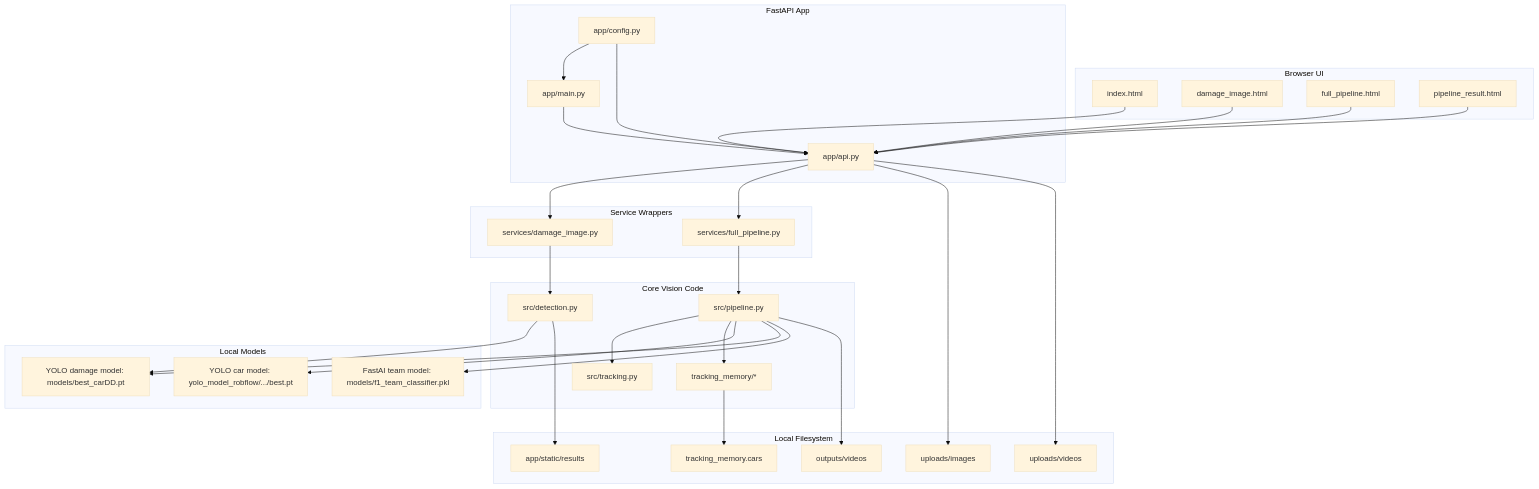
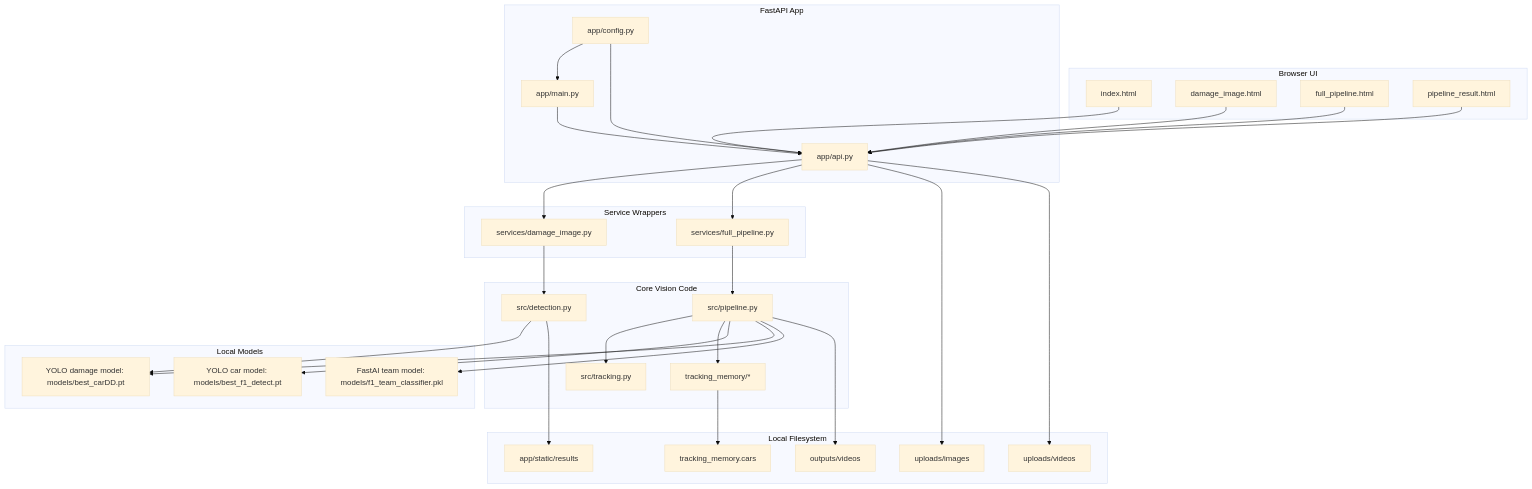
One commit to MohammedHssan11/f1-car-vision-intelligence-system changed the first of 4 diagrams in docs/ARCHITECTURE.md. Above: the diagram before and after it, drawn with Mermaid (base theme). The commit also changed 22 other files, not shown here.

````diff
--- a/docs/ARCHITECTURE.md
+++ b/docs/ARCHITECTURE.md
@@ -9,64 +9,64 @@
 ```mermaid
 graph TD
     subgraph UI ["Browser UI"]
         A["index.html"]
         B["damage_image.html"]
         C["full_pipeline.html"]
         D["pipeline_result.html"]
     end
 
     subgraph API ["FastAPI App"]
         E["app/main.py"]
         F["app/api.py"]
         G["app/config.py"]
     end
 
     subgraph Services ["Service Wrappers"]
         H["services/damage_image.py"]
         I["services/full_pipeline.py"]
     end
 
     subgraph Core ["Core Vision Code"]
         J["src/detection.py"]
         K["src/pipeline.py"]
         L["src/tracking.py"]
         M["tracking_memory/*"]
     end
 
     subgraph Models ["Local Models"]
-        N["YOLO car model: yolo_model_robflow/.../best.pt"]
+        N["YOLO car model: models/best_f1_detect.pt"]
         O["YOLO damage model: models/best_carDD.pt"]
         P["FastAI team model: models/f1_team_classifier.pkl"]
     end
 
     subgraph Storage ["Local Filesystem"]
         Q["uploads/images"]
         R["uploads/videos"]
         S["app/static/results"]
         T["outputs/videos"]
         U["tracking_memory.cars"]
     end
 
     A --> F
     B --> F
     C --> F
     D --> F
     E --> F
     G --> E
     G --> F
     F --> H
     F --> I
     H --> J
     I --> K
     K --> L
     K --> M
     J --> O
     K --> N
     K --> O
     K --> P
     F --> Q
     F --> R
     J --> S
     K --> T
     M --> U
 ```
````
